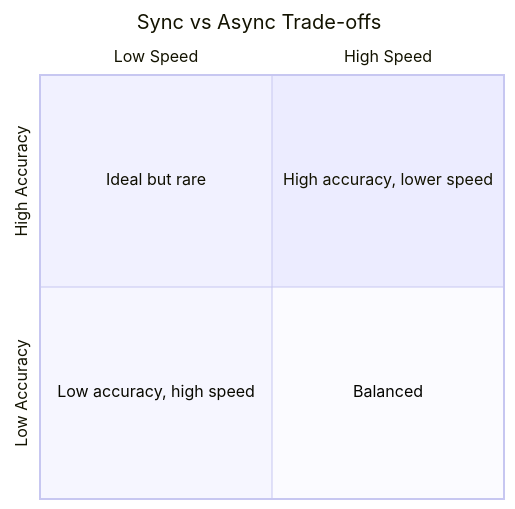
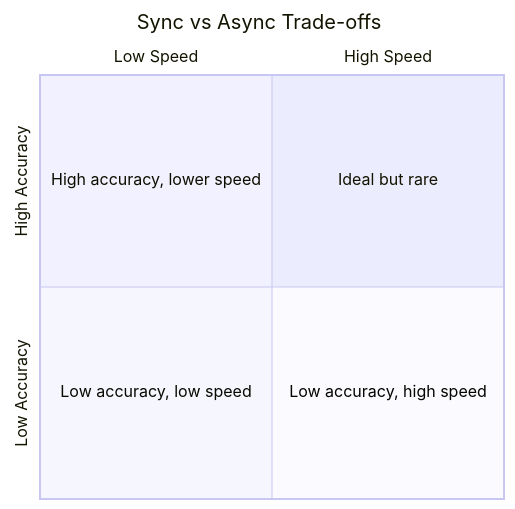
One commit to hsoni92/ml-workbook changed the first of 2 diagrams in bits-pilani/trimester-3/notes/big-data-platforms-and-analytics/week-12/09-module-summary-transcript.md. Above: the diagram before and after it, drawn with Mermaid. The commit also changed 3 other files, not shown here.

````diff
--- a/bits-pilani/trimester-3/notes/big-data-platforms-and-analytics/week-12/09-module-summary-transcript.md
+++ b/bits-pilani/trimester-3/notes/big-data-platforms-and-analytics/week-12/09-module-summary-transcript.md
@@ -16,10 +16,10 @@
 ```mermaid
 quadrantChart
     title Sync vs Async Trade-offs
     x-axis Low Speed --> High Speed
     y-axis Low Accuracy --> High Accuracy
-    quadrant-1 High accuracy, lower speed
-    quadrant-2 Ideal but rare
-    quadrant-3 Low accuracy, high speed
-    quadrant-4 Balanced
+    quadrant-1 Ideal but rare
+    quadrant-2 High accuracy, lower speed
+    quadrant-3 Low accuracy, low speed
+    quadrant-4 Low accuracy, high speed
 ```
````
